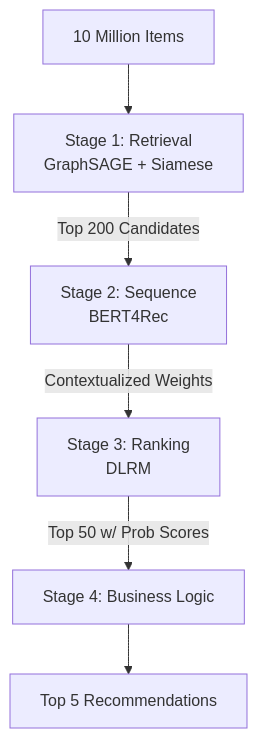
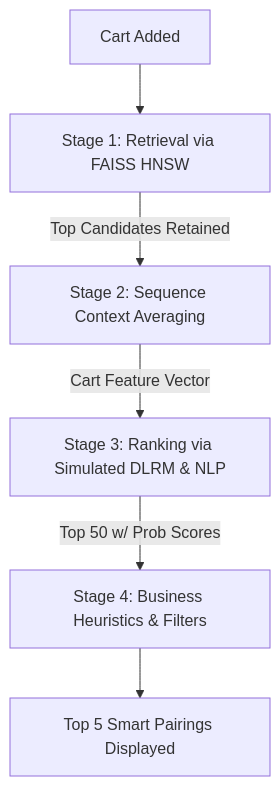
Before and after one commit to Hemant-Gupta1/Zomathon: the diagram in README.md, drawn with Mermaid. The commit also changed other lines of this file and 8 other files, not shown here.

````diff
--- a/README.md
+++ b/README.md
@@ -19,8 +48,8 @@
 ```mermaid
 graph TD
-    A[10 Million Items] --> B[Stage 1: Retrieval <br> GraphSAGE + Siamese]
-    B -->|Top 200 Candidates| C[Stage 2: Sequence <br> BERT4Rec]
-    C -->|Contextualized Weights| D[Stage 3: Ranking <br> DLRM]
-    D -->|Top 50 w/ Prob Scores| E[Stage 4: Business Logic]
-    E --> F[Top 5 Recommendations]
+    A[Cart Added] --> B[Stage 1: Retrieval via FAISS HNSW]
+    B -->|Top Candidates Retained| C[Stage 2: Sequence Context Averaging]
+    C -->|Cart Feature Vector| D[Stage 3: Ranking via Simulated DLRM & NLP]
+    D -->|Top 50 w/ Prob Scores| E[Stage 4: Business Heuristics & Filters]
+    E --> F[Top 5 Smart Pairings Displayed]
 ```
````
